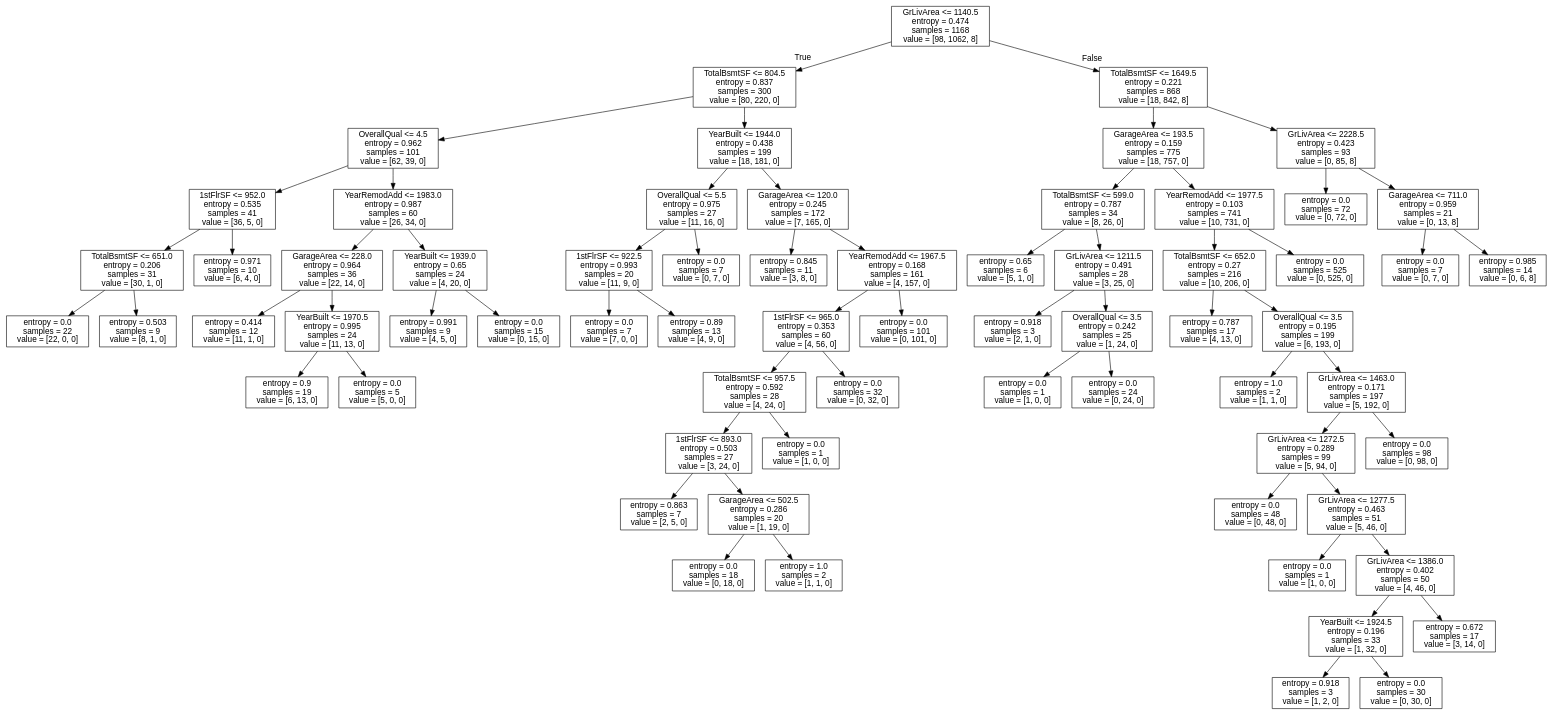
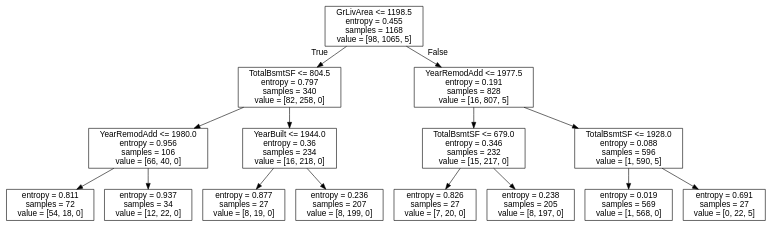
Before and after one commit to genomorro/unir: the diagram in out/tree_dc.dot, drawn with Graphviz. The commit also changed 1 other file, not shown here.

```diff
--- a/out/tree_dc.dot
+++ b/out/tree_dc.dot
@@ -1,137 +1,33 @@
 digraph Tree {
 node [shape=box, fontname="helvetica"] ;
 edge [fontname="helvetica"] ;
-0 [label="GrLivArea <= 1140.5\nentropy = 0.474\nsamples = 1168\nvalue = [98, 1062, 8]"] ;
-1 [label="TotalBsmtSF <= 804.5\nentropy = 0.837\nsamples = 300\nvalue = [80, 220, 0]"] ;
+0 [label="GrLivArea <= 1198.5\nentropy = 0.455\nsamples = 1168\nvalue = [98, 1065, 5]"] ;
+1 [label="TotalBsmtSF <= 804.5\nentropy = 0.797\nsamples = 340\nvalue = [82, 258, 0]"] ;
 0 -> 1 [labeldistance=2.5, labelangle=45, headlabel="True"] ;
-2 [label="OverallQual <= 4.5\nentropy = 0.962\nsamples = 101\nvalue = [62, 39, 0]"] ;
+2 [label="YearRemodAdd <= 1980.0\nentropy = 0.956\nsamples = 106\nvalue = [66, 40, 0]"] ;
 1 -> 2 ;
-3 [label="1stFlrSF <= 952.0\nentropy = 0.535\nsamples = 41\nvalue = [36, 5, 0]"] ;
+3 [label="entropy = 0.811\nsamples = 72\nvalue = [54, 18, 0]"] ;
 2 -> 3 ;
-4 [label="TotalBsmtSF <= 651.0\nentropy = 0.206\nsamples = 31\nvalue = [30, 1, 0]"] ;
-3 -> 4 ;
-5 [label="entropy = 0.0\nsamples = 22\nvalue = [22, 0, 0]"] ;
-4 -> 5 ;
-6 [label="entropy = 0.503\nsamples = 9\nvalue = [8, 1, 0]"] ;
-4 -> 6 ;
-7 [label="entropy = 0.971\nsamples = 10\nvalue = [6, 4, 0]"] ;
-3 -> 7 ;
-8 [label="YearRemodAdd <= 1983.0\nentropy = 0.987\nsamples = 60\nvalue = [26, 34, 0]"] ;
-2 -> 8 ;
-9 [label="GarageArea <= 228.0\nentropy = 0.964\nsamples = 36\nvalue = [22, 14, 0]"] ;
+4 [label="entropy = 0.937\nsamples = 34\nvalue = [12, 22, 0]"] ;
+2 -> 4 ;
+5 [label="YearBuilt <= 1944.0\nentropy = 0.36\nsamples = 234\nvalue = [16, 218, 0]"] ;
+1 -> 5 ;
+6 [label="entropy = 0.877\nsamples = 27\nvalue = [8, 19, 0]"] ;
+5 -> 6 ;
+7 [label="entropy = 0.236\nsamples = 207\nvalue = [8, 199, 0]"] ;
+5 -> 7 ;
+8 [label="YearRemodAdd <= 1977.5\nentropy = 0.191\nsamples = 828\nvalue = [16, 807, 5]"] ;
+0 -> 8 [labeldistance=2.5, labelangle=-45, headlabel="False"] ;
+9 [label="TotalBsmtSF <= 679.0\nentropy = 0.346\nsamples = 232\nvalue = [15, 217, 0]"] ;
 8 -> 9 ;
-10 [label="entropy = 0.414\nsamples = 12\nvalue = [11, 1, 0]"] ;
+10 [label="entropy = 0.826\nsamples = 27\nvalue = [7, 20, 0]"] ;
 9 -> 10 ;
-11 [label="YearBuilt <= 1970.5\nentropy = 0.995\nsamples = 24\nvalue = [11, 13, 0]"] ;
+11 [label="entropy = 0.238\nsamples = 205\nvalue = [8, 197, 0]"] ;
 9 -> 11 ;
-12 [label="entropy = 0.9\nsamples = 19\nvalue = [6, 13, 0]"] ;
-11 -> 12 ;
-13 [label="entropy = 0.0\nsamples = 5\nvalue = [5, 0, 0]"] ;
-11 -> 13 ;
-14 [label="YearBuilt <= 1939.0\nentropy = 0.65\nsamples = 24\nvalue = [4, 20, 0]"] ;
-8 -> 14 ;
-15 [label="entropy = 0.991\nsamples = 9\nvalue = [4, 5, 0]"] ;
-14 -> 15 ;
-16 [label="entropy = 0.0\nsamples = 15\nvalue = [0, 15, 0]"] ;
-14 -> 16 ;
-17 [label="YearBuilt <= 1944.0\nentropy = 0.438\nsamples = 199\nvalue = [18, 181, 0]"] ;
-1 -> 17 ;
-18 [label="OverallQual <= 5.5\nentropy = 0.975\nsamples = 27\nvalue = [11, 16, 0]"] ;
-17 -> 18 ;
-19 [label="1stFlrSF <= 922.5\nentropy = 0.993\nsamples = 20\nvalue = [11, 9, 0]"] ;
-18 -> 19 ;
-20 [label="entropy = 0.0\nsamples = 7\nvalue = [7, 0, 0]"] ;
-19 -> 20 ;
-21 [label="entropy = 0.89\nsamples = 13\nvalue = [4, 9, 0]"] ;
-19 -> 21 ;
-22 [label="entropy = 0.0\nsamples = 7\nvalue = [0, 7, 0]"] ;
-18 -> 22 ;
-23 [label="GarageArea <= 120.0\nentropy = 0.245\nsamples = 172\nvalue = [7, 165, 0]"] ;
-17 -> 23 ;
-24 [label="entropy = 0.845\nsamples = 11\nvalue = [3, 8, 0]"] ;
-23 -> 24 ;
-25 [label="YearRemodAdd <= 1967.5\nentropy = 0.168\nsamples = 161\nvalue = [4, 157, 0]"] ;
-23 -> 25 ;
-26 [label="1stFlrSF <= 965.0\nentropy = 0.353\nsamples = 60\nvalue = [4, 56, 0]"] ;
-25 -> 26 ;
-27 [label="TotalBsmtSF <= 957.5\nentropy = 0.592\nsamples = 28\nvalue = [4, 24, 0]"] ;
-26 -> 27 ;
-28 [label="1stFlrSF <= 893.0\nentropy = 0.503\nsamples = 27\nvalue = [3, 24, 0]"] ;
-27 -> 28 ;
-29 [label="entropy = 0.863\nsamples = 7\nvalue = [2, 5, 0]"] ;
-28 -> 29 ;
-30 [label="GarageArea <= 502.5\nentropy = 0.286\nsamples = 20\nvalue = [1, 19, 0]"] ;
-28 -> 30 ;
-31 [label="entropy = 0.0\nsamples = 18\nvalue = [0, 18, 0]"] ;
-30 -> 31 ;
-32 [label="entropy = 1.0\nsamples = 2\nvalue = [1, 1, 0]"] ;
-30 -> 32 ;
-33 [label="entropy = 0.0\nsamples = 1\nvalue = [1, 0, 0]"] ;
-27 -> 33 ;
-34 [label="entropy = 0.0\nsamples = 32\nvalue = [0, 32, 0]"] ;
-26 -> 34 ;
-35 [label="entropy = 0.0\nsamples = 101\nvalue = [0, 101, 0]"] ;
-25 -> 35 ;
-36 [label="TotalBsmtSF <= 1649.5\nentropy = 0.221\nsamples = 868\nvalue = [18, 842, 8]"] ;
-0 -> 36 [labeldistance=2.5, labelangle=-45, headlabel="False"] ;
-37 [label="GarageArea <= 193.5\nentropy = 0.159\nsamples = 775\nvalue = [18, 757, 0]"] ;
-36 -> 37 ;
-38 [label="TotalBsmtSF <= 599.0\nentropy = 0.787\nsamples = 34\nvalue = [8, 26, 0]"] ;
-37 -> 38 ;
-39 [label="entropy = 0.65\nsamples = 6\nvalue = [5, 1, 0]"] ;
-38 -> 39 ;
-40 [label="GrLivArea <= 1211.5\nentropy = 0.491\nsamples = 28\nvalue = [3, 25, 0]"] ;
-38 -> 40 ;
-41 [label="entropy = 0.918\nsamples = 3\nvalue = [2, 1, 0]"] ;
-40 -> 41 ;
-42 [label="OverallQual <= 3.5\nentropy = 0.242\nsamples = 25\nvalue = [1, 24, 0]"] ;
-40 -> 42 ;
-43 [label="entropy = 0.0\nsamples = 1\nvalue = [1, 0, 0]"] ;
-42 -> 43 ;
-44 [label="entropy = 0.0\nsamples = 24\nvalue = [0, 24, 0]"] ;
-42 -> 44 ;
-45 [label="YearRemodAdd <= 1977.5\nentropy = 0.103\nsamples = 741\nvalue = [10, 731, 0]"] ;
-37 -> 45 ;
-46 [label="TotalBsmtSF <= 652.0\nentropy = 0.27\nsamples = 216\nvalue = [10, 206, 0]"] ;
-45 -> 46 ;
-47 [label="entropy = 0.787\nsamples = 17\nvalue = [4, 13, 0]"] ;
-46 -> 47 ;
-48 [label="OverallQual <= 3.5\nentropy = 0.195\nsamples = 199\nvalue = [6, 193, 0]"] ;
-46 -> 48 ;
-49 [label="entropy = 1.0\nsamples = 2\nvalue = [1, 1, 0]"] ;
-48 -> 49 ;
-50 [label="GrLivArea <= 1463.0\nentropy = 0.171\nsamples = 197\nvalue = [5, 192, 0]"] ;
-48 -> 50 ;
-51 [label="GrLivArea <= 1272.5\nentropy = 0.289\nsamples = 99\nvalue = [5, 94, 0]"] ;
-50 -> 51 ;
-52 [label="entropy = 0.0\nsamples = 48\nvalue = [0, 48, 0]"] ;
-51 -> 52 ;
-53 [label="GrLivArea <= 1277.5\nentropy = 0.463\nsamples = 51\nvalue = [5, 46, 0]"] ;
-51 -> 53 ;
-54 [label="entropy = 0.0\nsamples = 1\nvalue = [1, 0, 0]"] ;
-53 -> 54 ;
-55 [label="GrLivArea <= 1386.0\nentropy = 0.402\nsamples = 50\nvalue = [4, 46, 0]"] ;
-53 -> 55 ;
-56 [label="YearBuilt <= 1924.5\nentropy = 0.196\nsamples = 33\nvalue = [1, 32, 0]"] ;
-55 -> 56 ;
-57 [label="entropy = 0.918\nsamples = 3\nvalue = [1, 2, 0]"] ;
-56 -> 57 ;
-58 [label="entropy = 0.0\nsamples = 30\nvalue = [0, 30, 0]"] ;
-56 -> 58 ;
-59 [label="entropy = 0.672\nsamples = 17\nvalue = [3, 14, 0]"] ;
-55 -> 59 ;
-60 [label="entropy = 0.0\nsamples = 98\nvalue = [0, 98, 0]"] ;
-50 -> 60 ;
-61 [label="entropy = 0.0\nsamples = 525\nvalue = [0, 525, 0]"] ;
-45 -> 61 ;
-62 [label="GrLivArea <= 2228.5\nentropy = 0.423\nsamples = 93\nvalue = [0, 85, 8]"] ;
-36 -> 62 ;
-63 [label="entropy = 0.0\nsamples = 72\nvalue = [0, 72, 0]"] ;
-62 -> 63 ;
-64 [label="GarageArea <= 711.0\nentropy = 0.959\nsamples = 21\nvalue = [0, 13, 8]"] ;
-62 -> 64 ;
-65 [label="entropy = 0.0\nsamples = 7\nvalue = [0, 7, 0]"] ;
-64 -> 65 ;
-66 [label="entropy = 0.985\nsamples = 14\nvalue = [0, 6, 8]"] ;
-64 -> 66 ;
+12 [label="TotalBsmtSF <= 1928.0\nentropy = 0.088\nsamples = 596\nvalue = [1, 590, 5]"] ;
+8 -> 12 ;
+13 [label="entropy = 0.019\nsamples = 569\nvalue = [1, 568, 0]"] ;
+12 -> 13 ;
+14 [label="entropy = 0.691\nsamples = 27\nvalue = [0, 22, 5]"] ;
+12 -> 14 ;
 }
```
